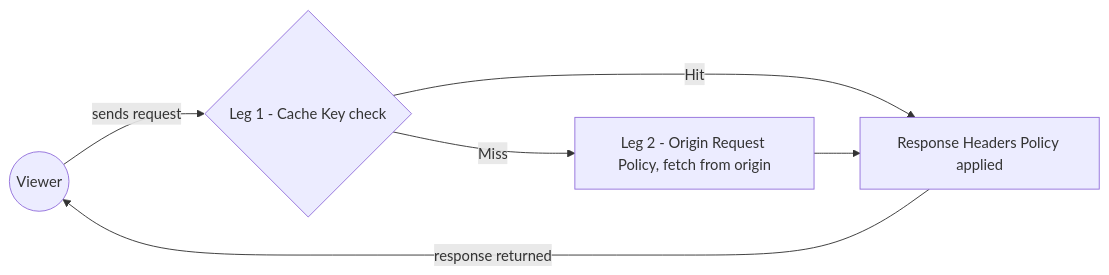
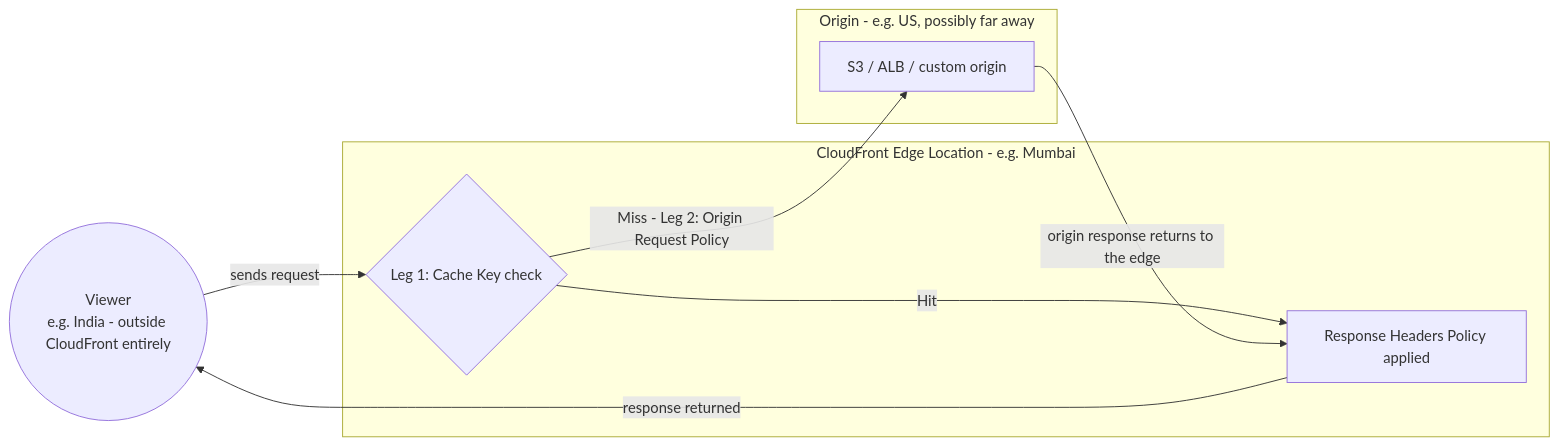
One commit to msdeepak052/AWS_Imp_Concepts changed the diagram in Cloudfront_CDN/10-Default-Cache-Behavior-Response-Header-Policy.md. Above: the diagram before and after it, drawn with Mermaid. The commit also changed other lines of this file, not shown here.

Commit message:
CDN 10 Handson Added

````diff
--- a/Cloudfront_CDN/10-Default-Cache-Behavior-Response-Header-Policy.md
+++ b/Cloudfront_CDN/10-Default-Cache-Behavior-Response-Header-Policy.md
@@ -29,8 +29,19 @@
 ```mermaid
 flowchart LR
-    V(("Viewer")) -->|"sends request"| L1{"Leg 1 - Cache Key check"}
-    L1 -->|"Hit"| RHP["Response Headers Policy applied"]
-    L1 -->|"Miss"| L2["Leg 2 - Origin Request Policy, fetch from origin"]
-    L2 --> RHP
+    V(("Viewer<br/>e.g. India - outside CloudFront entirely"))
+
+    subgraph EDGE["CloudFront Edge Location - e.g. Mumbai"]
+        L1{"Leg 1: Cache Key check"}
+        RHP["Response Headers Policy applied"]
+    end
+
+    subgraph ORIGIN["Origin - e.g. US, possibly far away"]
+        O["S3 / ALB / custom origin"]
+    end
+
+    V -->|"sends request"| L1
+    L1 -->|"Hit"| RHP
+    L1 -->|"Miss - Leg 2: Origin Request Policy"| O
+    O -->|"origin response returns to the edge"| RHP
     RHP -->|"response returned"| V
 ```
````
